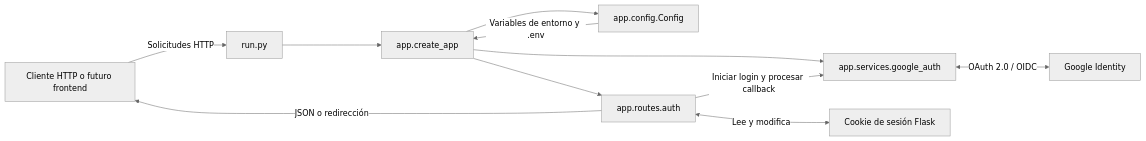
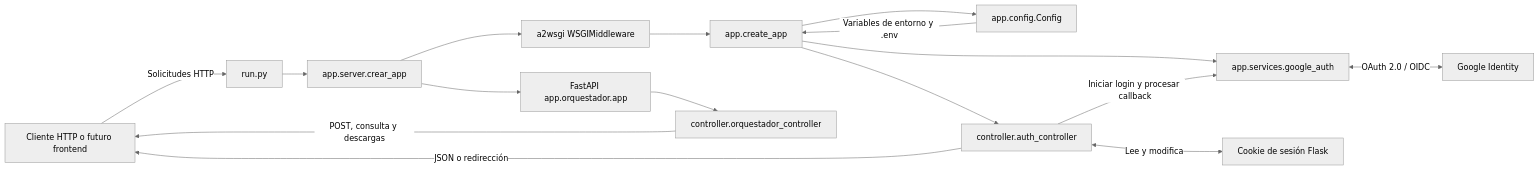
The first of 2 diagrams in SICCIA/BackEnd/README.md (SICCIA-UdeA/SICCIA), drawn with Mermaid (neutral theme) before and after one commit. The commit also changed other lines of this file, not shown here.

Commit message:
fase 1 del orquestador

````diff
--- a/SICCIA/BackEnd/README.md
+++ b/SICCIA/BackEnd/README.md
@@ -144,13 +180,18 @@
 ```mermaid
 flowchart LR
    Client[Cliente HTTP o futuro frontend] -->|Solicitudes HTTP| Run[run.py]
-   Run --> Factory[app.create_app]
-   Factory --> Config[app.config.Config]
-   Factory --> Routes[app.routes.auth]
-   Factory --> OAuthInit[app.services.google_auth]
-   Routes -->|Iniciar login y procesar callback| OAuthInit
+   Run --> Server[app.server.crear_app]
+   Server --> Orchestrator[FastAPI app.orquestador.app]
+   Server --> WSGI[a2wsgi WSGIMiddleware]
+   WSGI --> Flask[app.create_app]
+   Flask --> Config[app.config.Config]
+   Flask --> AuthController[controller.auth_controller]
+   Flask --> OAuthInit[app.services.google_auth]
+   Orchestrator --> CourseController[controller.orquestador_controller]
+   CourseController -->|POST, consulta y descargas| Client
+   AuthController -->|Iniciar login y procesar callback| OAuthInit
    OAuthInit <-->|OAuth 2.0 / OIDC| Google[Google Identity]
-   Routes <-->|Lee y modifica| Session[Cookie de sesión Flask]
-   Routes -->|JSON o redirección| Client
-   Config -->|Variables de entorno y .env| Factory
+   AuthController <-->|Lee y modifica| Session[Cookie de sesión Flask]
+   AuthController -->|JSON o redirección| Client
+   Config -->|Variables de entorno y .env| Flask
 ```
````
